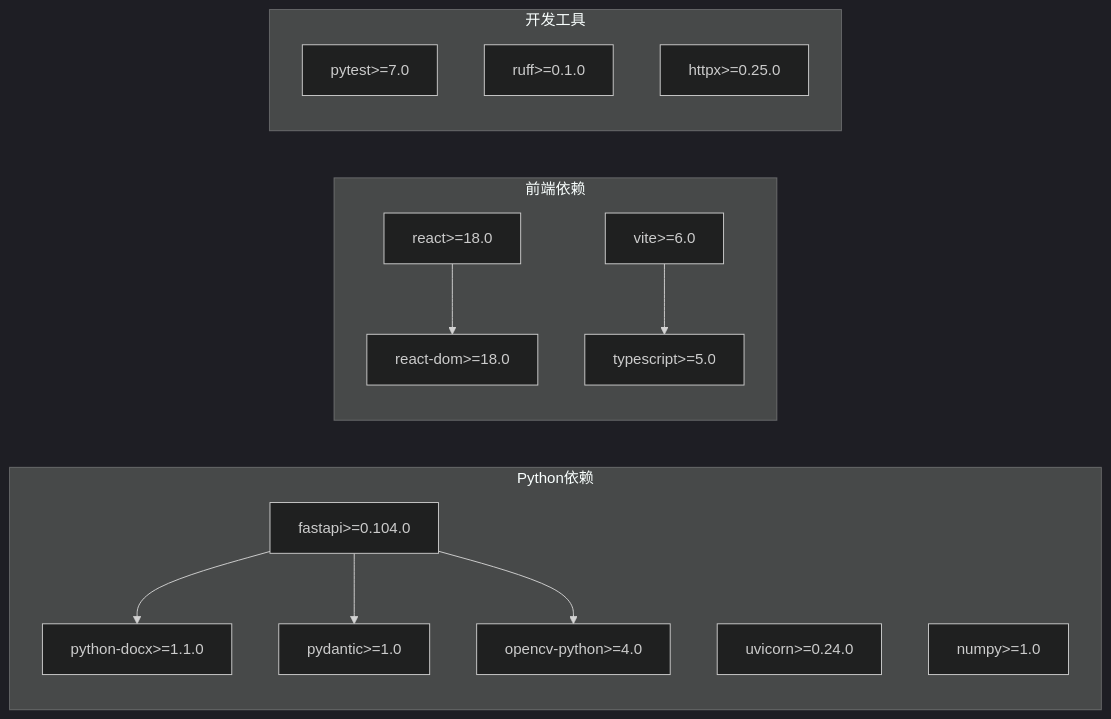
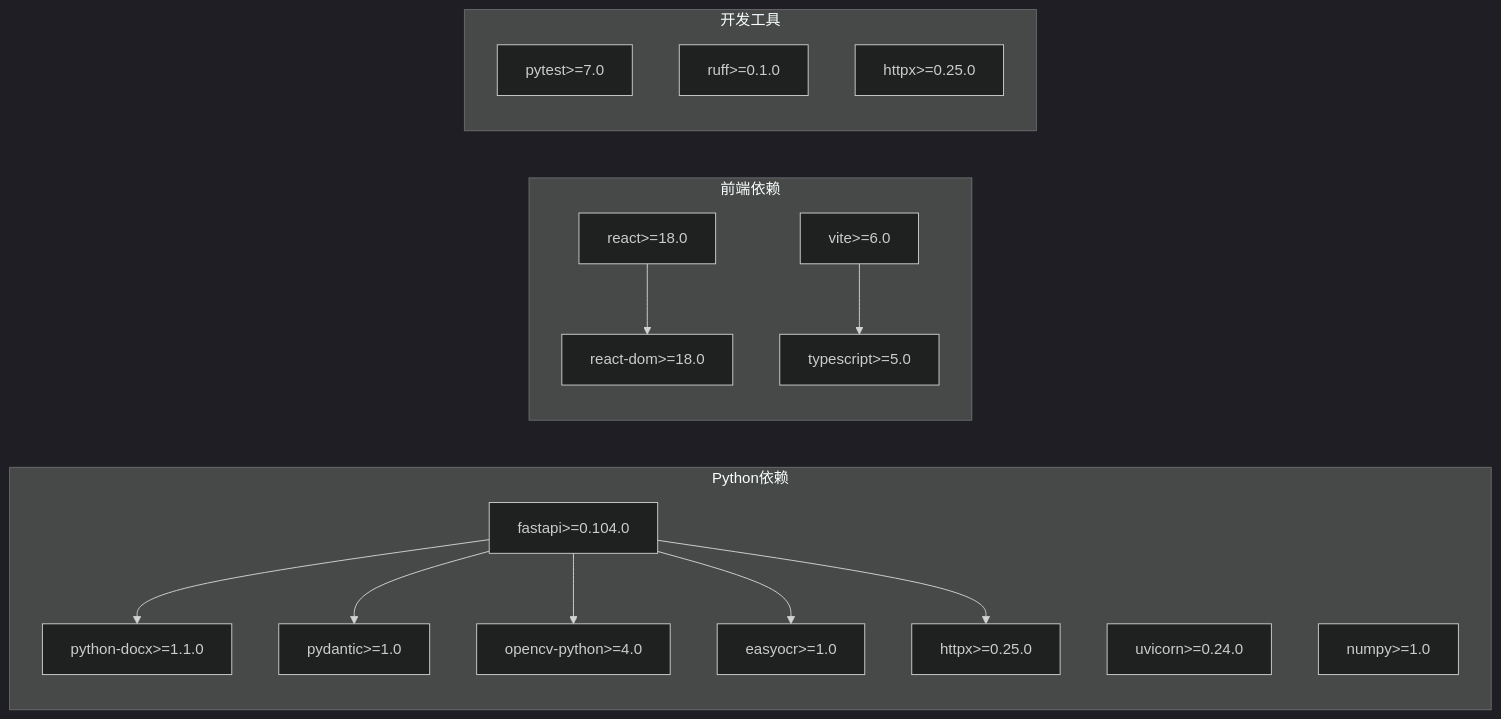
Before and after one commit to SimonWHL/math-learning: the ninth of 10 diagrams in .qoder/repowiki/zh/content/项目结构/核心生成器.md, drawn with Mermaid (dark theme). The commit also changed other lines of this file and 4 other files, not shown here.

````diff
--- a/.qoder/repowiki/zh/content/项目结构/核心生成器.md
+++ b/.qoder/repowiki/zh/content/项目结构/核心生成器.md
@@ -324,27 +421,31 @@
 ```mermaid
 graph LR
 subgraph "Python依赖"
 FastAPI[fastapi>=0.104.0]
 Uvicorn[uvicorn>=0.24.0]
 Docx[python-docx>=1.1.0]
 Pydantic[pydantic>=1.0]
 OpenCV[opencv-python>=4.0]
 NumPy[numpy>=1.0]
+EasyOCR[easyocr>=1.0]
+httpx[httpx>=0.25.0]
 end
 subgraph "前端依赖"
 React[react>=18.0]
 ReactDOM[react-dom>=18.0]
 Vite[vite>=6.0]
 Typescript[typescript>=5.0]
 end
 subgraph "开发工具"
 PyTest[pytest>=7.0]
 Ruff[ruff>=0.1.0]
 Httpx[httpx>=0.25.0]
 end
 FastAPI --> Docx
 FastAPI --> Pydantic
 FastAPI --> OpenCV
+FastAPI --> EasyOCR
+FastAPI --> httpx
 React --> ReactDOM
 Vite --> Typescript
 ```
````
